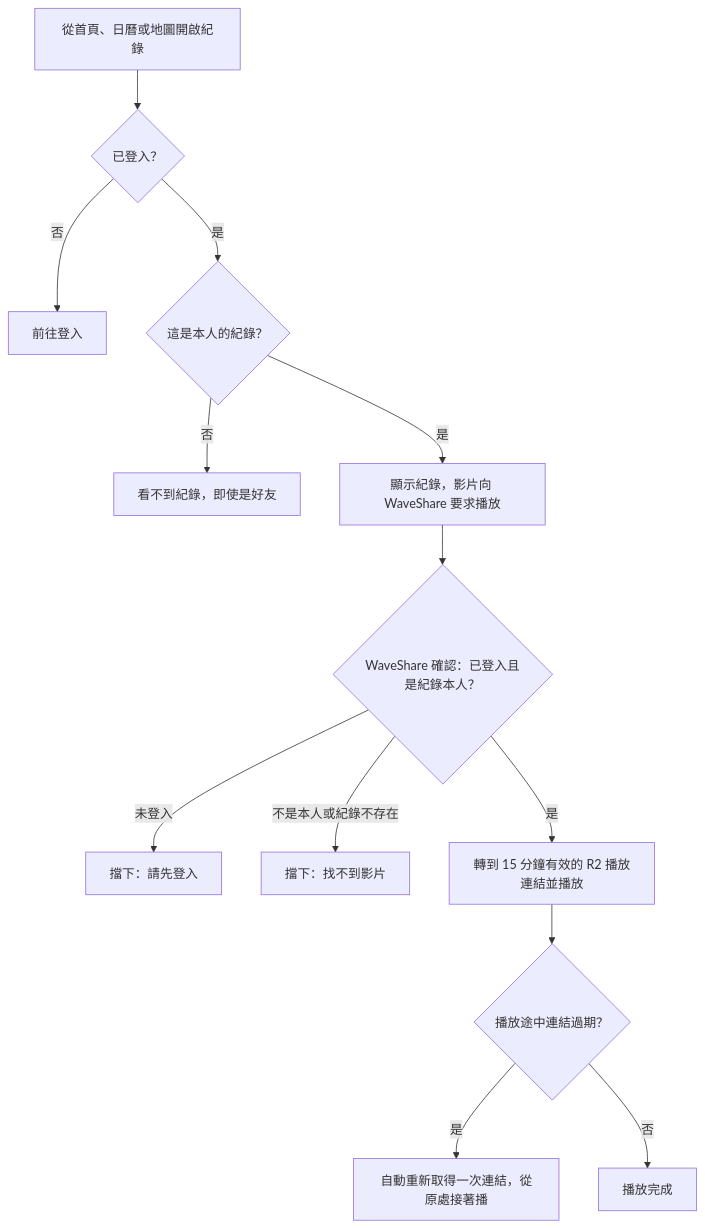
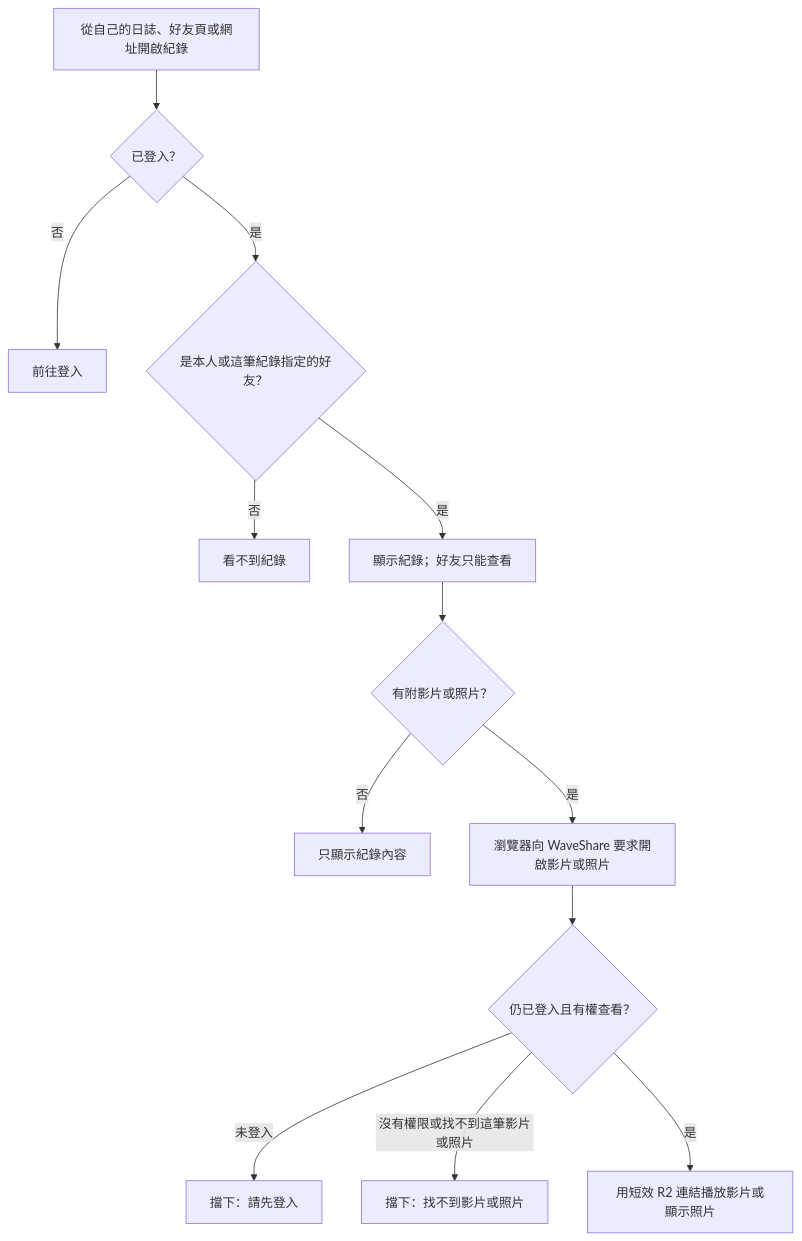
One commit to ChristingChang/waveshare changed the fourth of 6 diagrams in docs/flows.md. Above: the diagram before and after it, drawn with Mermaid. The commit also changed other lines of this file and 6 other files, not shown here.

````diff
--- a/docs/flows.md
+++ b/docs/flows.md
@@ -46,15 +59,15 @@
 ```mermaid
 flowchart TD
-    A["從首頁、日曆或地圖開啟紀錄"] --> B{"已登入？"}
+    A["從自己的日誌、好友頁或網址開啟紀錄"] --> B{"已登入？"}
     B -->|否| C["前往登入"]
-    B -->|是| D{"這是本人的紀錄？"}
-    D -->|否| E["看不到紀錄，即使是好友"]
-    D -->|是| F["顯示紀錄，影片向 WaveShare 要求播放"]
-    F --> P{"WaveShare 確認：已登入且是紀錄本人？"}
-    P -->|未登入| Q["擋下：請先登入"]
-    P -->|不是本人或紀錄不存在| R["擋下：找不到影片"]
-    P -->|是| S["轉到 15 分鐘有效的 R2 播放連結並播放"]
-    S --> T{"播放途中連結過期？"}
-    T -->|是| U["自動重新取得一次連結，從原處接著播"]
-    T -->|否| V["播放完成"]
+    B -->|是| D{"是本人或這筆紀錄指定的好友？"}
+    D -->|否| E["看不到紀錄"]
+    D -->|是| F["顯示紀錄；好友只能查看"]
+    F --> G{"有附影片或照片？"}
+    G -->|否| H["只顯示紀錄內容"]
+    G -->|是| I["瀏覽器向 WaveShare 要求開啟影片或照片"]
+    I --> J{"仍已登入且有權查看？"}
+    J -->|未登入| K["擋下：請先登入"]
+    J -->|沒有權限或找不到這筆影片或照片| L["擋下：找不到影片或照片"]
+    J -->|是| M["用短效 R2 連結播放影片或顯示照片"]
 ```
````
